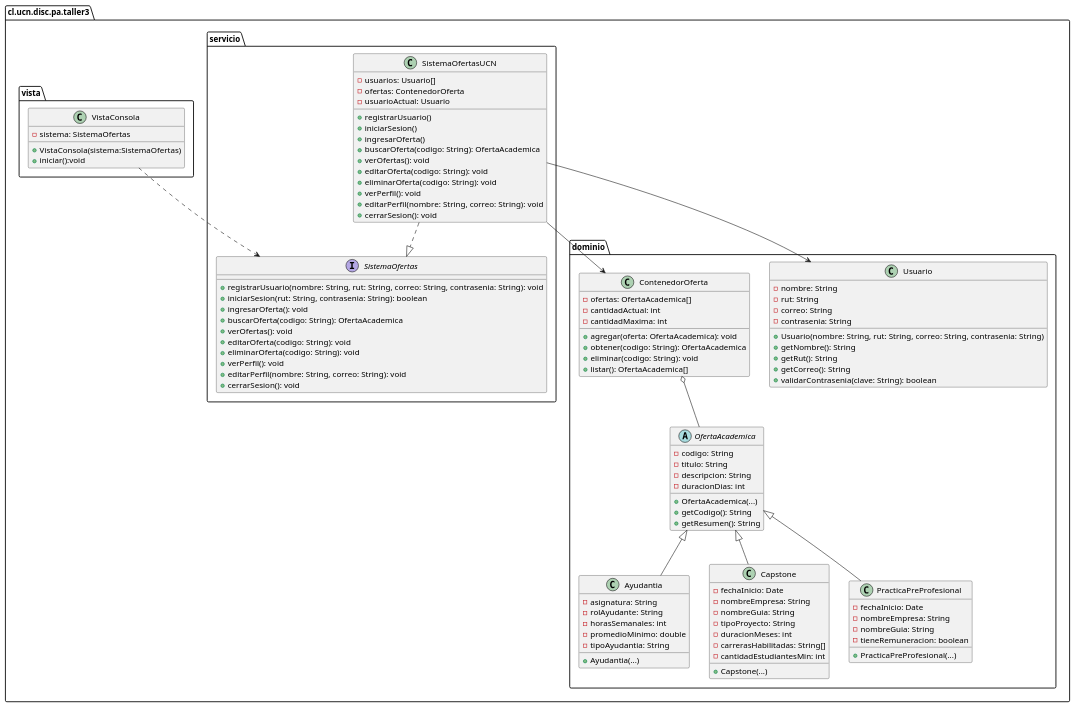
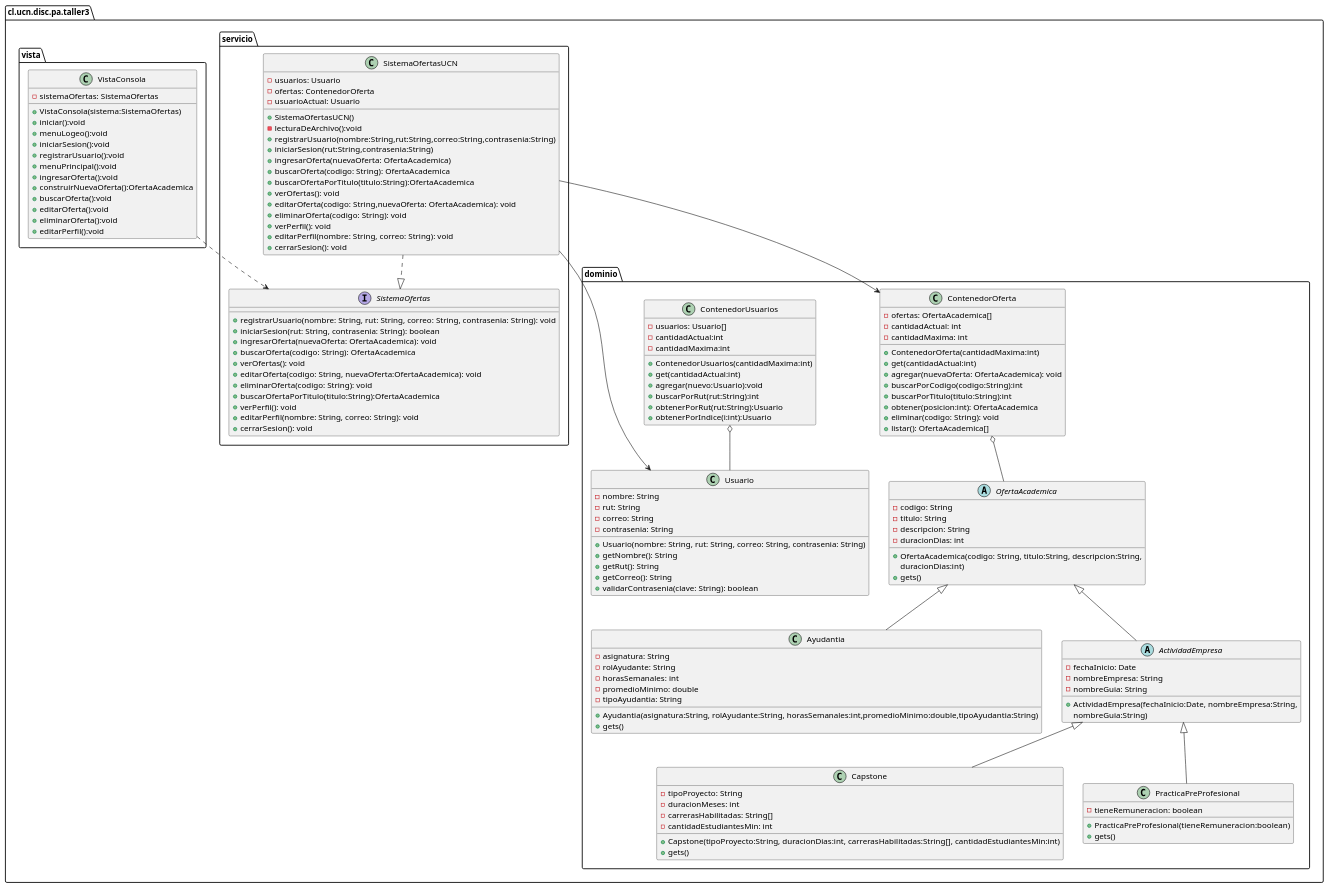
Before and after one commit to Geannn27/PA_Taller3_BisquettGeancarlo: the diagram in src/cl/ucn/disc/pa/taller3/documentacion/Diagrama de Clases.puml, drawn with PlantUML. The commit also changed 19 other files, not shown here.

```diff
--- a/src/cl/ucn/disc/pa/taller3/documentacion/Diagrama de Clases.puml
+++ b/src/cl/ucn/disc/pa/taller3/documentacion/Diagrama de Clases.puml
@@ -1,111 +1,141 @@
 @startuml
 'https://plantuml.com/class-diagram
 package cl.ucn.disc.pa.taller3 as taller3{
 package dominio{
 class Usuario {
   - nombre: String
   - rut: String
   - correo: String
   - contrasenia: String
 
   + Usuario(nombre: String, rut: String, correo: String, contrasenia: String)
   + getNombre(): String
   + getRut(): String
   + getCorreo(): String
   + validarContrasenia(clave: String): boolean
 }
+class ContenedorUsuarios{
+- usuarios: Usuario[]
+- cantidadActual:int
+- cantidadMaxima:int
++ContenedorUsuarios(cantidadMaxima:int)
++get(cantidadActual:int)
++agregar(nuevo:Usuario):void
++buscarPorRut(rut:String):int
++obtenerPorRut(rut:String):Usuario
++obtenerPorIndice(i:int):Usuario
+}
 abstract class OfertaAcademica {
   - codigo: String
   - titulo: String
   - descripcion: String
   - duracionDias: int
-
-  + OfertaAcademica(...)
-  + getCodigo(): String
-  + getResumen(): String
+  + OfertaAcademica(codigo: String, titulo:String, descripcion:String,
+   duracionDias:int)
+  + gets()
 }
 class Ayudantia extends OfertaAcademica {
   - asignatura: String
   - rolAyudante: String
   - horasSemanales: int
   - promedioMinimo: double
   - tipoAyudantia: String
-
-  + Ayudantia(...)
+  + Ayudantia(asignatura:String, rolAyudante:String, horasSemanales:int,promedioMinimo:double,tipoAyudantia:String)
+  +gets()
 }
-class Capstone extends OfertaAcademica {
-  - fechaInicio: Date
-  - nombreEmpresa: String
-  - nombreGuia: String
+class Capstone extends ActividadEmpresa {
   - tipoProyecto: String
   - duracionMeses: int
   - carrerasHabilitadas: String[]
   - cantidadEstudiantesMin: int
-
-  + Capstone(...)
+  + Capstone(tipoProyecto:String, duracionDias:int, carrerasHabilitadas:String[], cantidadEstudiantesMin:int)
+  +gets()
 }
-class PracticaPreProfesional extends OfertaAcademica {
-  - fechaInicio: Date
-  - nombreEmpresa: String
-  - nombreGuia: String
+class PracticaPreProfesional extends ActividadEmpresa {
   - tieneRemuneracion: boolean
-
-  + PracticaPreProfesional(...)
+  + PracticaPreProfesional(tieneRemuneracion:boolean)
+  +gets()
 }
 class ContenedorOferta {
   - ofertas: OfertaAcademica[]
   - cantidadActual: int
   - cantidadMaxima: int
-
-  + agregar(oferta: OfertaAcademica): void
-  + obtener(codigo: String): OfertaAcademica
+  +ContenedorOferta(cantidadMaxima:int)
+  +get(cantidadActual:int)
+  + agregar(nuevaOferta: OfertaAcademica): void
+  + buscarPorCodigo(codigo:String):int
+  + buscarPorTitulo(titulo:String):int
+  + obtener(posicion:int): OfertaAcademica
   + eliminar(codigo: String): void
   + listar(): OfertaAcademica[]
+}
+
+abstract class ActividadEmpresa extends OfertaAcademica{
+ - fechaInicio: Date
+  - nombreEmpresa: String
+  - nombreGuia: String
+  +ActividadEmpresa(fechaInicio:Date, nombreEmpresa:String,
+  nombreGuia:String)
 }
 }
 package servicio{
 
 interface SistemaOfertas {
   + registrarUsuario(nombre: String, rut: String, correo: String, contrasenia: String): void
   + iniciarSesion(rut: String, contrasenia: String): boolean
-  + ingresarOferta(): void
+  + ingresarOferta(nuevaOferta: OfertaAcademica): void
   + buscarOferta(codigo: String): OfertaAcademica
   + verOfertas(): void
-  + editarOferta(codigo: String): void
+  + editarOferta(codigo: String, nuevaOferta:OfertaAcademica): void
   + eliminarOferta(codigo: String): void
+  +buscarOfertaPorTitulo(titulo:String):OfertaAcademica
   + verPerfil(): void
   + editarPerfil(nombre: String, correo: String): void
   + cerrarSesion(): void
 }
 
 class SistemaOfertasUCN {
-  - usuarios: Usuario[]
+  - usuarios: Usuario
   - ofertas: ContenedorOferta
   - usuarioActual: Usuario
-  + registrarUsuario()
-  + iniciarSesion()
-  +ingresarOferta()
+  +SistemaOfertasUCN()
+ -lecturaDeArchivo():void
+  + registrarUsuario(nombre:String,rut:String,correo:String,contrasenia:String)
+  + iniciarSesion(rut:String,contrasenia:String)
+  +ingresarOferta(nuevaOferta: OfertaAcademica)
   + buscarOferta(codigo: String): OfertaAcademica
-    + verOfertas(): void
-    + editarOferta(codigo: String): void
+ + buscarOfertaPorTitulo(titulo:String):OfertaAcademica
+     + verOfertas(): void
+    + editarOferta(codigo: String,nuevaOferta: OfertaAcademica): void
     + eliminarOferta(codigo: String): void
     + verPerfil(): void
     + editarPerfil(nombre: String, correo: String): void
     + cerrarSesion(): void
 }
 }
 package vista{
 class VistaConsola{
--sistema: SistemaOfertas
+-sistemaOfertas: SistemaOfertas
 +VistaConsola(sistema:SistemaOfertas)
 +iniciar():void
++menuLogeo():void
++iniciarSesion():void
++registrarUsuario():void
++menuPrincipal():void
++ingresarOferta():void
++construirNuevaOferta():OfertaAcademica
++buscarOferta():void
++editarOferta():void
++eliminarOferta():void
++editarPerfil():void
 }
 }
 
 SistemaOfertasUCN --> ContenedorOferta
 SistemaOfertasUCN --> Usuario
 SistemaOfertasUCN ..|> SistemaOfertas
 VistaConsola ..> SistemaOfertas
 ContenedorOferta o-- OfertaAcademica
+ContenedorUsuarios o-- Usuario
 
 @enduml
```
